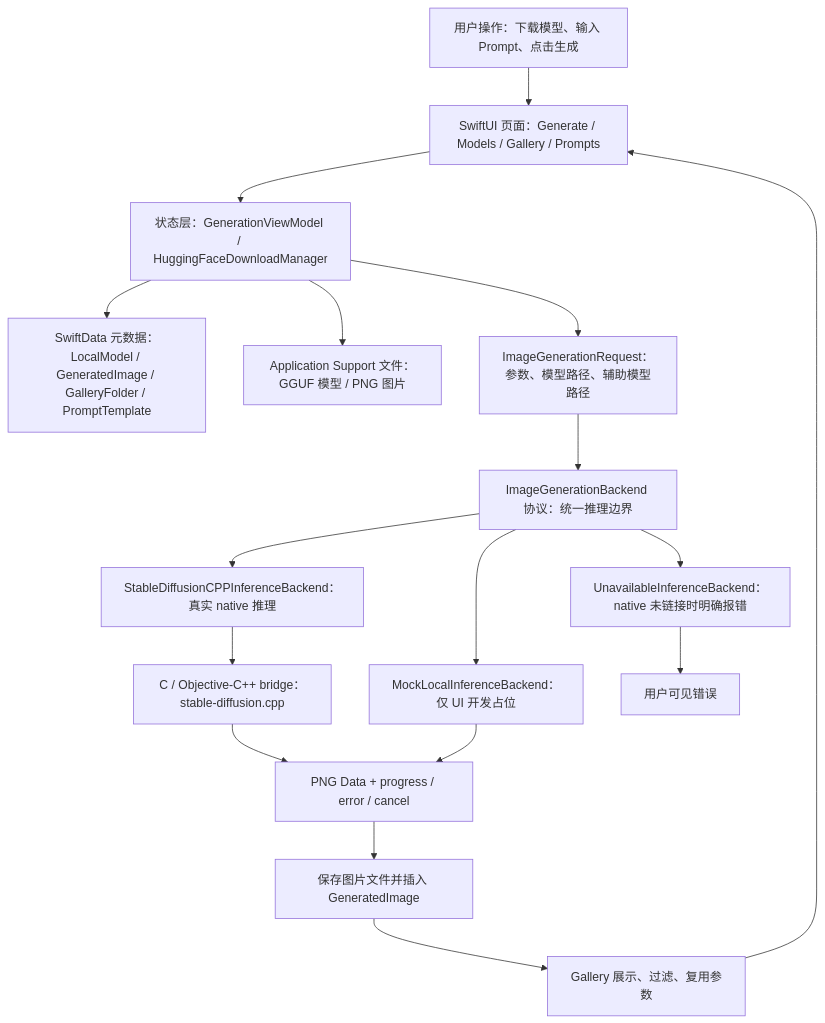
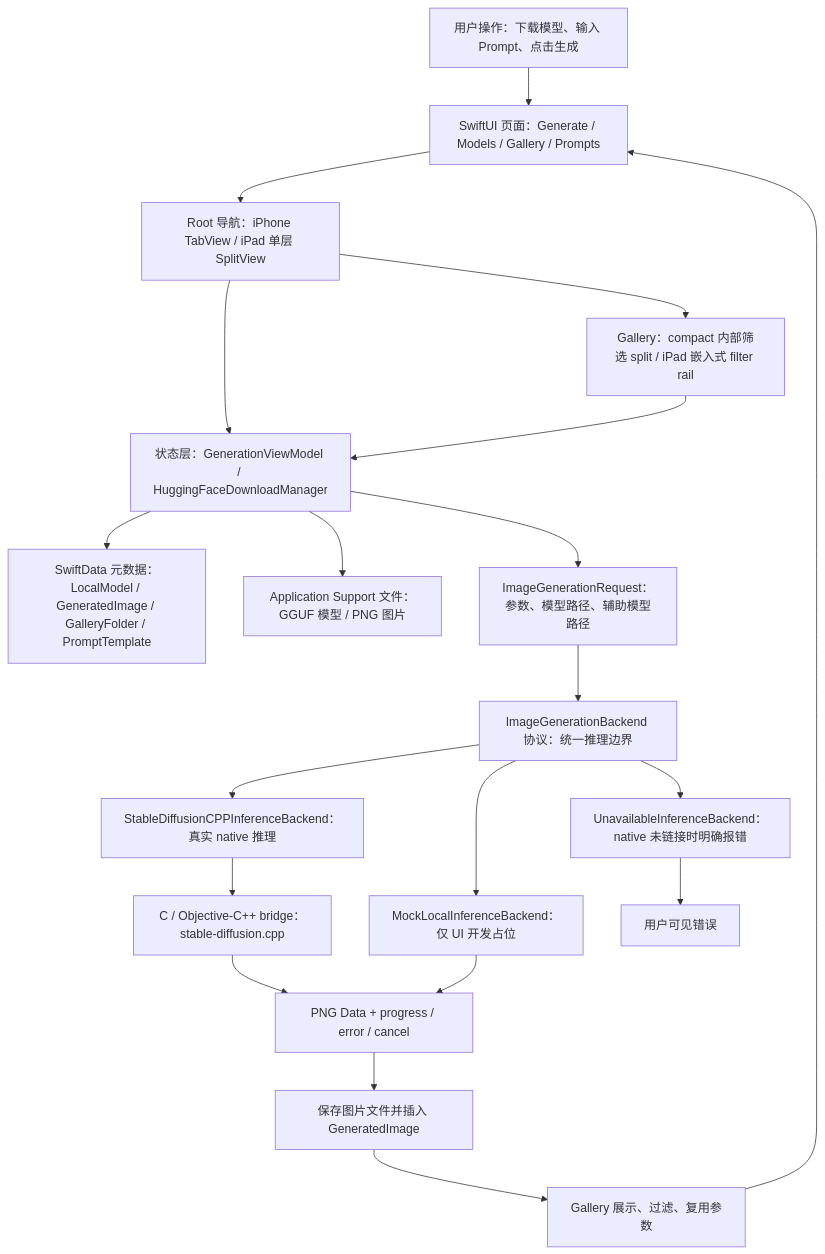
Before and after one commit to Altman-sam114/118: the first of 7 diagrams in md/flow/flowchart.md, drawn with Mermaid. The commit also changed 5 other files, not shown here.

````diff
--- a/md/flow/flowchart.md
+++ b/md/flow/flowchart.md
@@ -9,19 +9,22 @@
 ```mermaid
 flowchart TD
   U["用户操作：下载模型、输入 Prompt、点击生成"] --> UI["SwiftUI 页面：Generate / Models / Gallery / Prompts"]
-  UI --> VM["状态层：GenerationViewModel / HuggingFaceDownloadManager"]
+  UI --> NAV["Root 导航：iPhone TabView / iPad 单层 SplitView"]
+  NAV --> GALUI["Gallery：compact 内部筛选 split / iPad 嵌入式 filter rail"]
+  NAV --> VM["状态层：GenerationViewModel / HuggingFaceDownloadManager"]
+  GALUI --> VM
   VM --> SD["SwiftData 元数据：LocalModel / GeneratedImage / GalleryFolder / PromptTemplate"]
   VM --> FS["Application Support 文件：GGUF 模型 / PNG 图片"]
   VM --> REQ["ImageGenerationRequest：参数、模型路径、辅助模型路径"]
   REQ --> IFACE["ImageGenerationBackend 协议：统一推理边界"]
   IFACE --> NATIVE["StableDiffusionCPPInferenceBackend：真实 native 推理"]
   IFACE --> MOCK["MockLocalInferenceBackend：仅 UI 开发占位"]
   IFACE --> OFF["UnavailableInferenceBackend：native 未链接时明确报错"]
   NATIVE --> BRIDGE["C / Objective-C++ bridge：stable-diffusion.cpp"]
   BRIDGE --> PNG["PNG Data + progress / error / cancel"]
   MOCK --> PNG
   OFF --> ERR["用户可见错误"]
   PNG --> SAVE["保存图片文件并插入 GeneratedImage"]
   SAVE --> GALLERY["Gallery 展示、过滤、复用参数"]
   GALLERY --> UI
 ```
````
